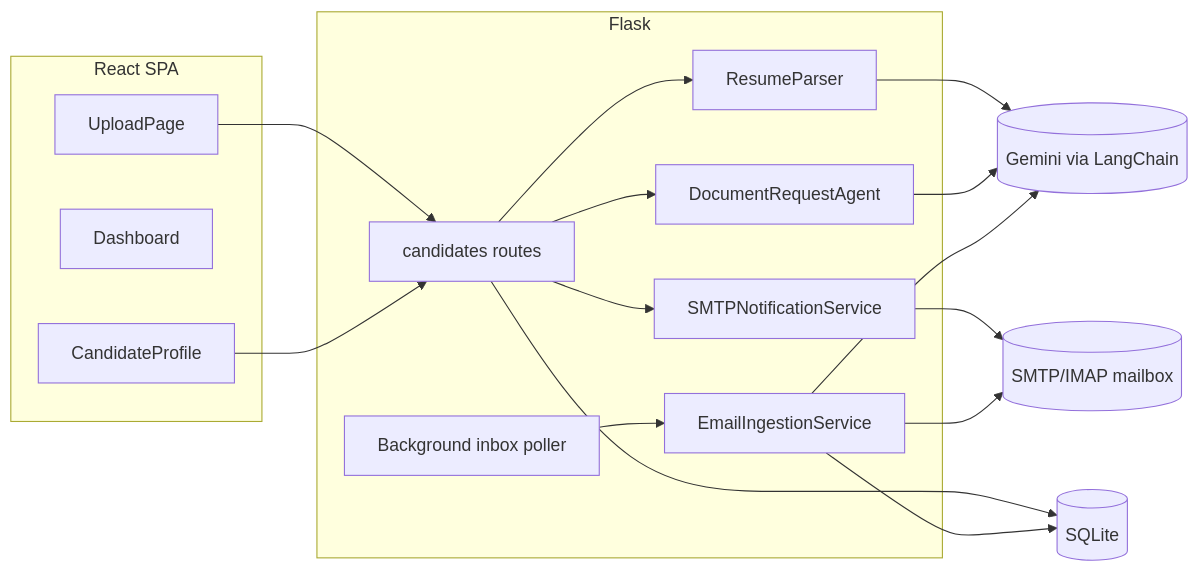
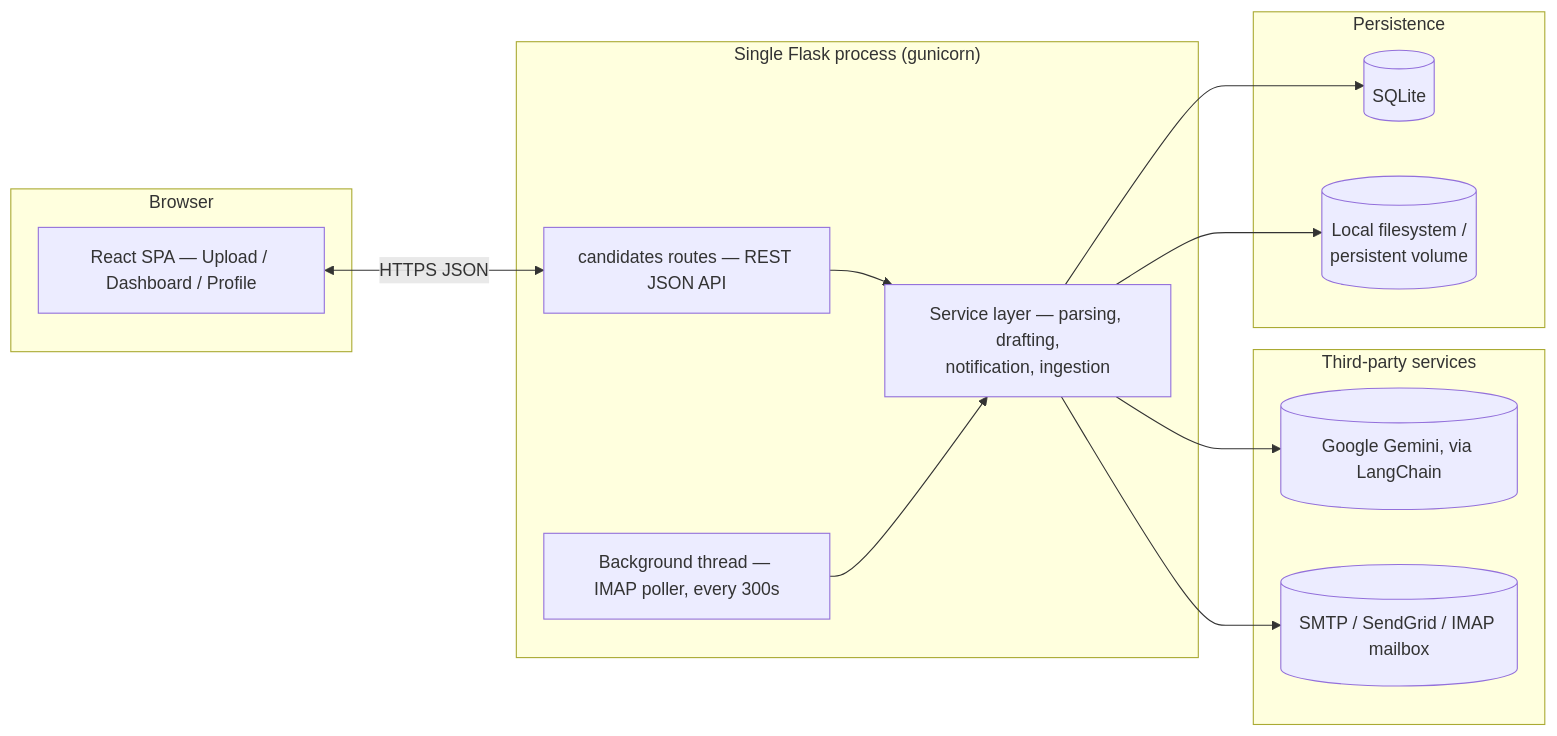
Before and after one commit to akshay-battu/resumeParser: the second of 3 diagrams in README.md, drawn with Mermaid. The commit also changed other lines of this file, not shown here.

Commit message:
Add data flow, HLD, and interface diagrams to the README

````diff
--- a/README.md
+++ b/README.md
@@ -53,29 +87,30 @@
 ```mermaid
 flowchart LR
-  subgraph Frontend [React SPA]
-    Upload[UploadPage]
-    Dash[Dashboard]
-    Profile[CandidateProfile]
-  end
+    subgraph Client [Browser]
+        UI["React SPA — Upload / Dashboard / Profile"]
+    end
 
-  subgraph Backend [Flask]
-    Routes[candidates routes]
-    Parser[ResumeParser]
-    Agent[DocumentRequestAgent]
-    Notify[SMTPNotificationService]
-    Ingest[EmailIngestionService]
-    Poller[Background inbox poller]
-  end
+    subgraph Server ["Single Flask process (gunicorn)"]
+        Routes["candidates routes — REST JSON API"]
+        Services["Service layer — parsing, drafting,\nnotification, ingestion"]
+        Poller["Background thread — IMAP poller, every 300s"]
+    end
 
-  LLM[(Gemini via LangChain)]
-  DB[(SQLite)]
-  Mailbox[(SMTP/IMAP mailbox)]
+    subgraph External ["Third-party services"]
+        Gemini[("Google Gemini, via LangChain")]
+        Mail[("SMTP / SendGrid / IMAP mailbox")]
+    end
 
-  Upload --> Routes --> Parser --> LLM
-  Profile --> Routes --> Agent --> LLM
-  Routes --> Notify --> Mailbox
-  Poller --> Ingest --> Mailbox
-  Ingest --> LLM
-  Routes --> DB
-  Ingest --> DB
+    subgraph Persistence
+        DB[(SQLite)]
+        Files[("Local filesystem /\npersistent volume")]
+    end
+
+    UI <-->|HTTPS JSON| Routes
+    Routes --> Services
+    Poller --> Services
+    Services --> Gemini
+    Services --> Mail
+    Services --> DB
+    Services --> Files
 ```
````
